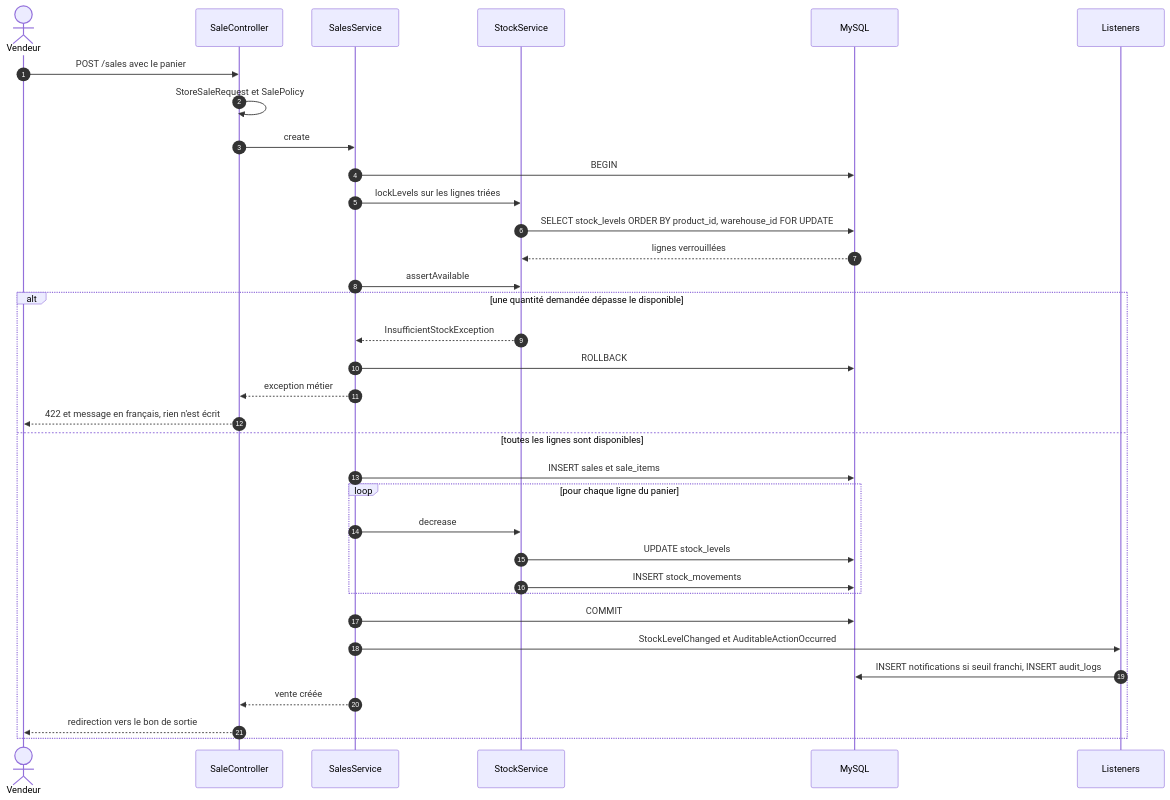
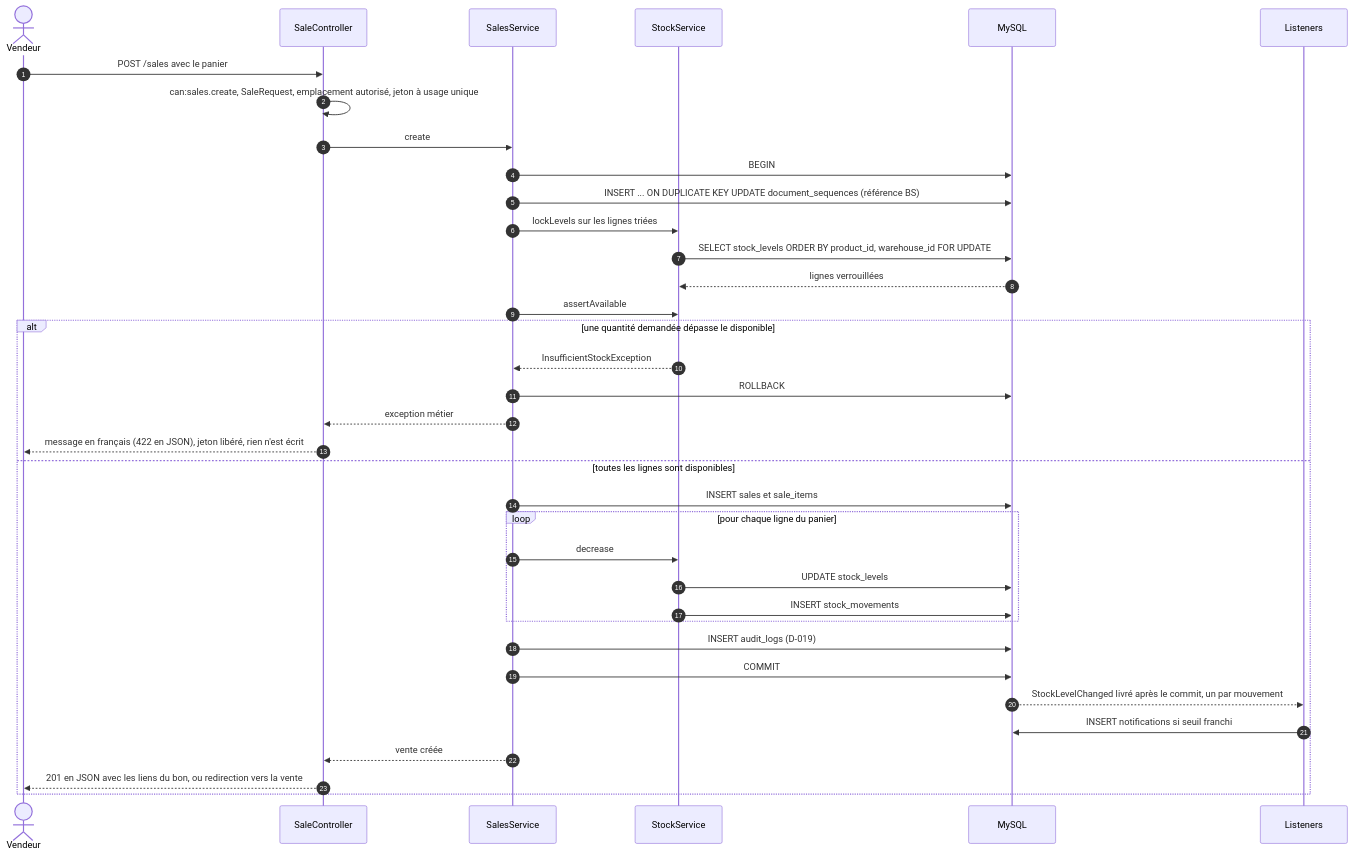
Before and after one commit to ivan9802/StockfLow: the third of 7 diagrams in docs/02-architecture/system-architecture.md, drawn with Mermaid. The commit also changed other lines of this file and 15 other files, not shown here.

````diff
--- a/docs/02-architecture/system-architecture.md
+++ b/docs/02-architecture/system-architecture.md
@@ -438,37 +492,39 @@
 ```mermaid
 sequenceDiagram
     autonumber
     actor V as Vendeur
     participant C as SaleController
     participant S as SalesService
     participant K as StockService
     participant DB as MySQL
     participant L as Listeners
 
     V->>C: POST /sales avec le panier
-    C->>C: StoreSaleRequest et SalePolicy
+    C->>C: can:sales.create, SaleRequest, emplacement autorisé, jeton à usage unique
     C->>S: create
     S->>DB: BEGIN
+    S->>DB: INSERT ... ON DUPLICATE KEY UPDATE document_sequences (référence BS)
     S->>K: lockLevels sur les lignes triées
     K->>DB: SELECT stock_levels ORDER BY product_id, warehouse_id FOR UPDATE
     DB-->>K: lignes verrouillées
     S->>K: assertAvailable
     alt une quantité demandée dépasse le disponible
         K-->>S: InsufficientStockException
         S->>DB: ROLLBACK
         S-->>C: exception métier
-        C-->>V: 422 et message en français, rien n'est écrit
+        C-->>V: message en français (422 en JSON), jeton libéré, rien n'est écrit
     else toutes les lignes sont disponibles
         S->>DB: INSERT sales et sale_items
         loop pour chaque ligne du panier
             S->>K: decrease
             K->>DB: UPDATE stock_levels
             K->>DB: INSERT stock_movements
         end
+        S->>DB: INSERT audit_logs (D-019)
         S->>DB: COMMIT
-        S->>L: StockLevelChanged et AuditableActionOccurred
-        L->>DB: INSERT notifications si seuil franchi, INSERT audit_logs
+        DB-->>L: StockLevelChanged livré après le commit, un par mouvement
+        L->>DB: INSERT notifications si seuil franchi
         S-->>C: vente créée
-        C-->>V: redirection vers le bon de sortie
+        C-->>V: 201 en JSON avec les liens du bon, ou redirection vers la vente
     end
 ```
````
